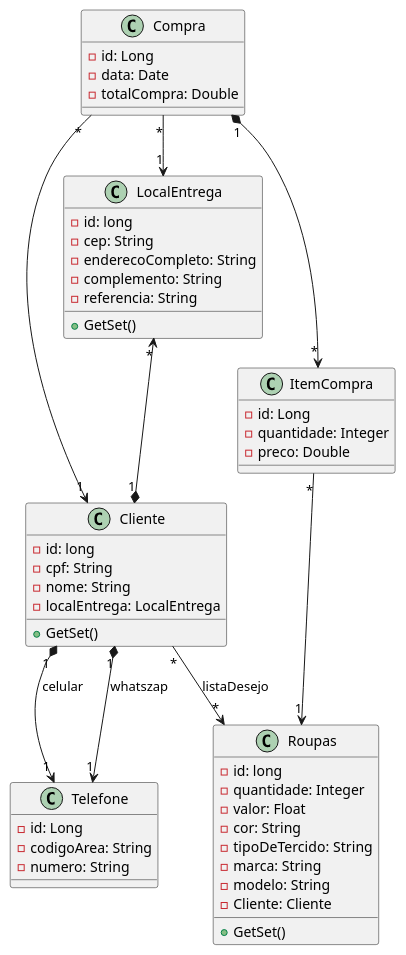
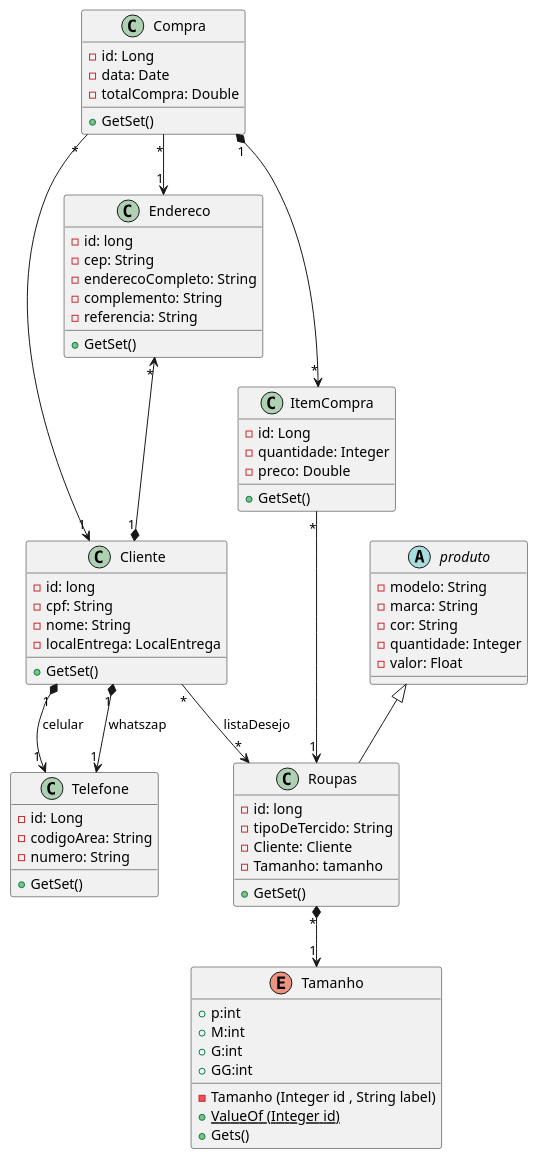
One commit to Jeezyel/topicos1 changed the diagram in src/main/java/br/unitins/UML.wsd. Above: the diagram before and after it, drawn with PlantUML. The commit also changed 1 other file, not shown here.

Commit message:
inplementeando a class abistrata e gerando a uml

```diff
--- a/src/main/java/br/unitins/UML.wsd
+++ b/src/main/java/br/unitins/UML.wsd
@@ -1,62 +1,86 @@
 @startuml UML
 
 class Roupas{
     - id: long
-    - quantidade: Integer
-    - valor: Float
-    - cor: String
     - tipoDeTercido: String
-    - marca: String
-    - modelo: String
     - Cliente: Cliente
+    - Tamanho: tamanho
 
     + GetSet()
 
 
 }
 class Cliente{
     -id: long
     - cpf: String
     - nome: String
     - localEntrega: LocalEntrega
 
     + GetSet()
 }
 
-class LocalEntrega{
+class Endereco{
     - id: long
     - cep: String
     - enderecoCompleto: String
     - complemento: String
     - referencia: String
 
     + GetSet()
 }
 class ItemCompra {
     - id: Long
     - quantidade: Integer
     - preco: Double
+    
+    + GetSet()
 }
 class Compra {
     - id: Long
     - data: Date
     - totalCompra: Double
+    
+    + GetSet()
 }
 class Telefone {
     - id: Long
     - codigoArea: String
     - numero: String
+    
+    + GetSet()
 }
-    LocalEntrega "*" <--*"1" Cliente
+enum Tamanho{
+    + p:int
+    + M:int
+    + G:int
+    + GG:int
+ 
+    - Tamanho (Integer id , String label)
+    + {static}ValueOf (Integer id)
+    + Gets()
+
+}
+abstract produto{
+    - modelo: String
+    - marca: String
+    - cor: String
+    - quantidade: Integer
+    - valor: Float
+    
+}
+    produto <|-- Roupas
+
+    Endereco "*" <--*"1" Cliente
 
     Cliente "*" --> "*" Roupas: listaDesejo
 
     Compra "1" *--> "*" ItemCompra
     Compra "*" --> "1" Cliente
-    Compra "*"  --> "1" LocalEntrega
+    Compra "*"  --> "1" Endereco
 
     ItemCompra "*" --> "1" Roupas
 
     Cliente "1" *--> "1" Telefone: celular
     Cliente "1" *--> "1" Telefone: whatszap
+    Roupas "*" *--> "1" Tamanho
 @enduml
```
